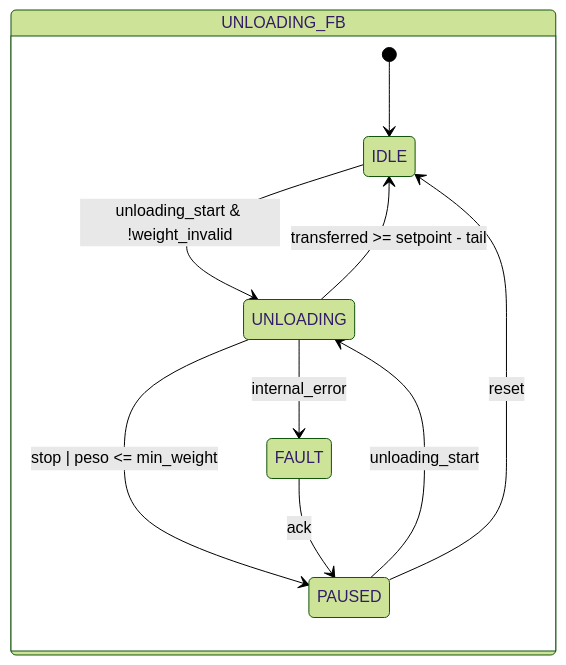
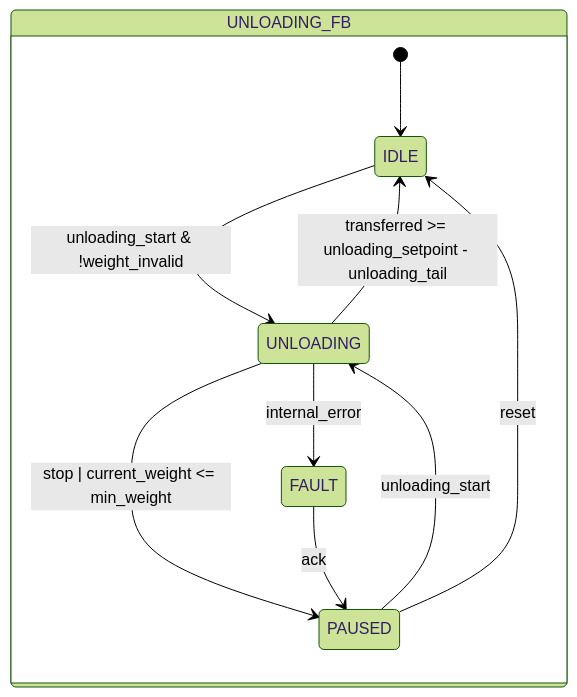
One commit to AleFire99/TIA_knowledge changed the third of 3 diagrams in docs/it/library/load-cells/loading-unloading/index.md. Above: the diagram before and after it, drawn with Mermaid (forest theme). The commit also changed other lines of this file and 17 other files, not shown here.

````diff
--- a/docs/it/library/load-cells/loading-unloading/index.md
+++ b/docs/it/library/load-cells/loading-unloading/index.md
@@ -177,14 +181,14 @@
 ```mermaid
 stateDiagram-v2
 state UNLOADING_FB{
     [*] --> IDLE
 
     IDLE --> UNLOADING : unloading_start & !weight_invalid
-    UNLOADING --> IDLE : transferred >= setpoint - tail
-    UNLOADING --> PAUSED : stop | peso <= min_weight
+    UNLOADING --> IDLE : transferred >= unloading_setpoint - unloading_tail
+    UNLOADING --> PAUSED : stop | current_weight <= min_weight
     UNLOADING --> FAULT : internal_error
     PAUSED --> UNLOADING : unloading_start
     PAUSED --> IDLE : reset
     FAULT --> PAUSED : ack
 }
 ```
````
